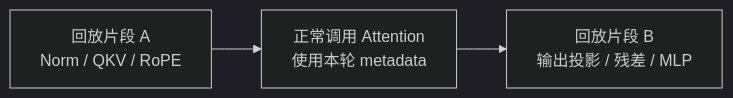
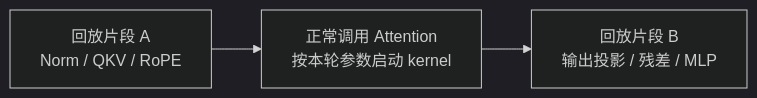
Before and after one commit to crashingby/my-nano-vllm: the third of 4 diagrams in docs/cudagraph/overview.md, drawn with Mermaid (dark theme). The commit also changed other lines of this file and 40 other files, not shown here.

````diff
--- a/docs/cudagraph/overview.md
+++ b/docs/cudagraph/overview.md
@@ -156,5 +362,5 @@
 ```mermaid
 flowchart LR
-    A["回放片段 A<br>Norm / QKV / RoPE"] --> B["正常调用 Attention<br>使用本轮 metadata"]
+    A["回放片段 A<br>Norm / QKV / RoPE"] --> B["正常调用 Attention<br>按本轮参数启动 kernel"]
     B --> C["回放片段 B<br>输出投影 / 残差 / MLP"]
 ```
````
